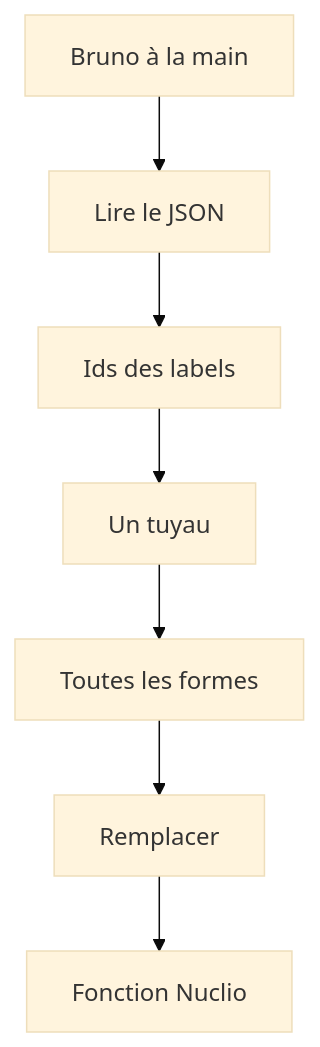
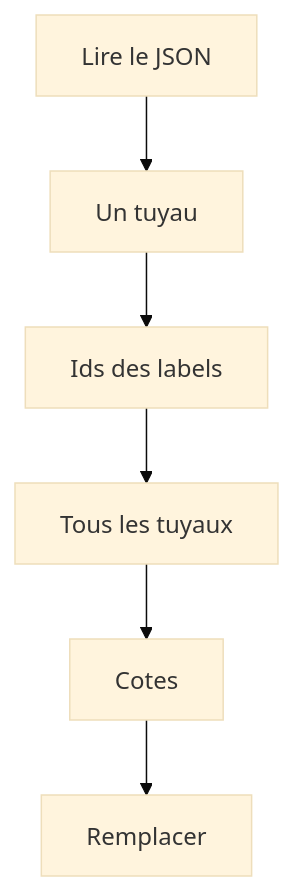
One commit to galsen-76/Informatique- changed the diagram in 07 — Exercices et projets/Projet - Graphe vers annotations CVAT/Projet - Réannoter un job CVAT depuis le graphe.md. Above: the diagram before and after it, drawn with Mermaid (base theme). The commit also changed other lines of this file and 17 other files, not shown here.

````diff
--- a/07 — Exercices et projets/Projet - Graphe vers annotations CVAT/Projet - Réannoter un job CVAT depuis le graphe.md
+++ b/07 — Exercices et projets/Projet - Graphe vers annotations CVAT/Projet - Réannoter un job CVAT depuis le graphe.md
@@ -22,9 +23,8 @@
 ```mermaid
 flowchart TD
-  A[Bruno à la main] --> B[Lire le JSON]
+  A[Lire le JSON] --> B[Un tuyau]
   B --> C[Ids des labels]
-  C --> D[Un tuyau]
-  D --> E[Toutes les formes]
+  C --> D[Tous les tuyaux]
+  D --> E[Cotes]
   E --> F[Remplacer]
-  F --> G[Fonction Nuclio]
 ```
````
